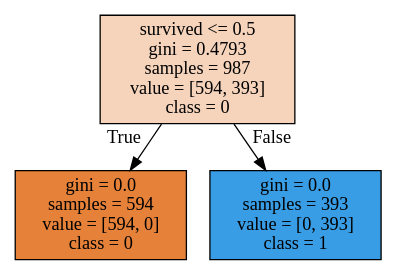
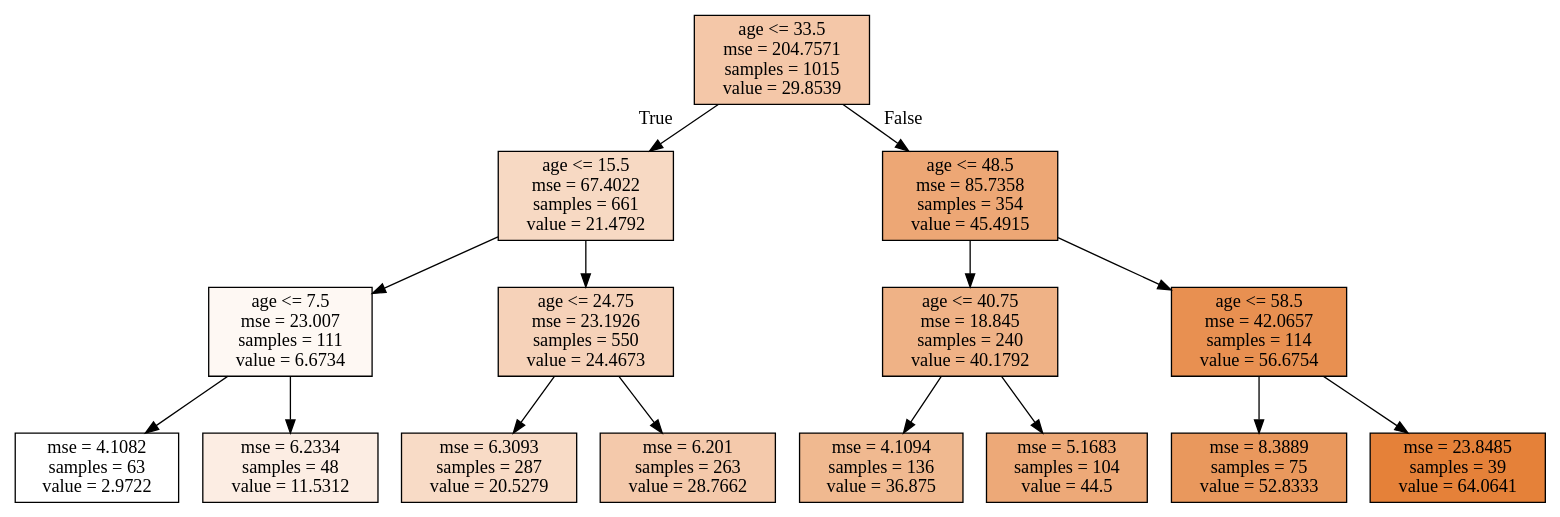
The diagram in hw5/tree3.dot (abbyschantz/cs35), drawn with Graphviz before and after one commit. The commit also changed 5 other files, not shown here.

```diff
--- a/hw5/tree3.dot
+++ b/hw5/tree3.dot
@@ -1,11 +1,37 @@
 digraph Tree {
 node [shape=box, style="filled", color="black"] ;
 graph [ranksep=equally, splines=polyline] ;
-0 [label="survived <= 0.5\ngini = 0.4793\nsamples = 987\nvalue = [594, 393]\nclass = 0", fillcolor="#e5813956"] ;
-1 [label="gini = 0.0\nsamples = 594\nvalue = [594, 0]\nclass = 0", fillcolor="#e58139ff"] ;
+0 [label="age <= 33.5\nmse = 204.7571\nsamples = 1015\nvalue = 29.8539", fillcolor="#e5813970"] ;
+1 [label="age <= 15.5\nmse = 67.4022\nsamples = 661\nvalue = 21.4792", fillcolor="#e581394d"] ;
 0 -> 1 [labeldistance=2.5, labelangle=45, headlabel="True"] ;
-2 [label="gini = 0.0\nsamples = 393\nvalue = [0, 393]\nclass = 1", fillcolor="#399de5ff"] ;
-0 -> 2 [labeldistance=2.5, labelangle=-45, headlabel="False"] ;
+2 [label="age <= 7.5\nmse = 23.007\nsamples = 111\nvalue = 6.6734", fillcolor="#e581390f"] ;
+1 -> 2 ;
+3 [label="mse = 4.1082\nsamples = 63\nvalue = 2.9722", fillcolor="#e5813900"] ;
+2 -> 3 ;
+4 [label="mse = 6.2334\nsamples = 48\nvalue = 11.5312", fillcolor="#e5813924"] ;
+2 -> 4 ;
+5 [label="age <= 24.75\nmse = 23.1926\nsamples = 550\nvalue = 24.4673", fillcolor="#e581395a"] ;
+1 -> 5 ;
+6 [label="mse = 6.3093\nsamples = 287\nvalue = 20.5279", fillcolor="#e5813949"] ;
+5 -> 6 ;
+7 [label="mse = 6.201\nsamples = 263\nvalue = 28.7662", fillcolor="#e581396c"] ;
+5 -> 7 ;
+8 [label="age <= 48.5\nmse = 85.7358\nsamples = 354\nvalue = 45.4915", fillcolor="#e58139b1"] ;
+0 -> 8 [labeldistance=2.5, labelangle=-45, headlabel="False"] ;
+9 [label="age <= 40.75\nmse = 18.845\nsamples = 240\nvalue = 40.1792", fillcolor="#e581399b"] ;
+8 -> 9 ;
+10 [label="mse = 4.1094\nsamples = 136\nvalue = 36.875", fillcolor="#e581398e"] ;
+9 -> 10 ;
+11 [label="mse = 5.1683\nsamples = 104\nvalue = 44.5", fillcolor="#e58139ad"] ;
+9 -> 11 ;
+12 [label="age <= 58.5\nmse = 42.0657\nsamples = 114\nvalue = 56.6754", fillcolor="#e58139e0"] ;
+8 -> 12 ;
+13 [label="mse = 8.3889\nsamples = 75\nvalue = 52.8333", fillcolor="#e58139d0"] ;
+12 -> 13 ;
+14 [label="mse = 23.8485\nsamples = 39\nvalue = 64.0641", fillcolor="#e58139ff"] ;
+12 -> 14 ;
 {rank=same ; 0} ;
-{rank=same ; 1; 2} ;
+{rank=same ; 1; 8} ;
+{rank=same ; 2; 5; 9; 12} ;
+{rank=same ; 3; 4; 6; 7; 10; 11; 13; 14} ;
 }
```
